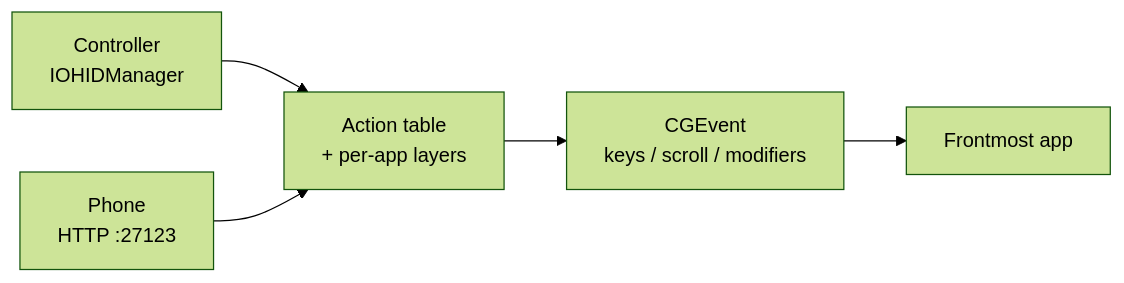
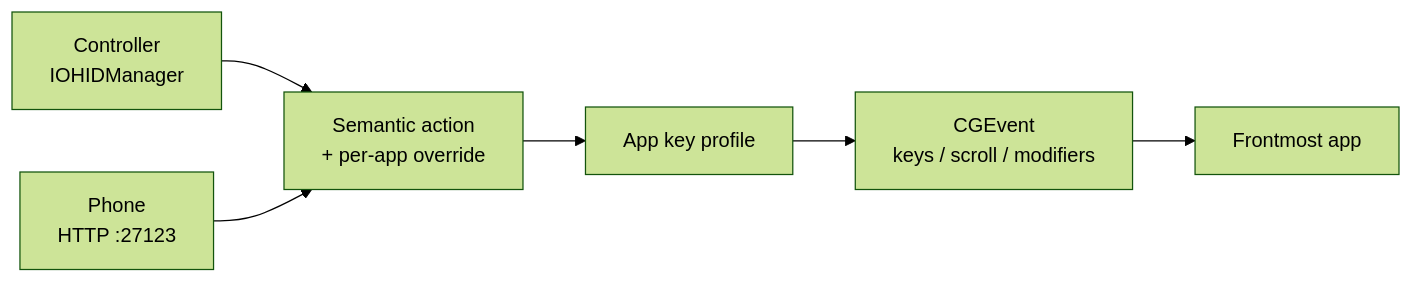
The diagram in README.md (alizeeblack-code/airemote-mac), drawn with Mermaid (forest theme) before and after one commit. The commit also changed other lines of this file and 14 other files, not shown here.

First line of the commit message:
docs: 中英文各一套截图

````diff
--- a/README.md
+++ b/README.md
@@ -94,7 +135,8 @@
 ```mermaid
 flowchart LR
   C[Controller<br/>IOHIDManager] --> A
   P[Phone<br/>HTTP :27123] --> A
-  A[Action table<br/>+ per-app layers] --> K[CGEvent<br/>keys / scroll / modifiers]
+  A[Semantic action<br/>+ per-app override] --> B[App key profile]
+  B --> K[CGEvent<br/>keys / scroll / modifiers]
   K --> M[Frontmost app]
 ```
````
